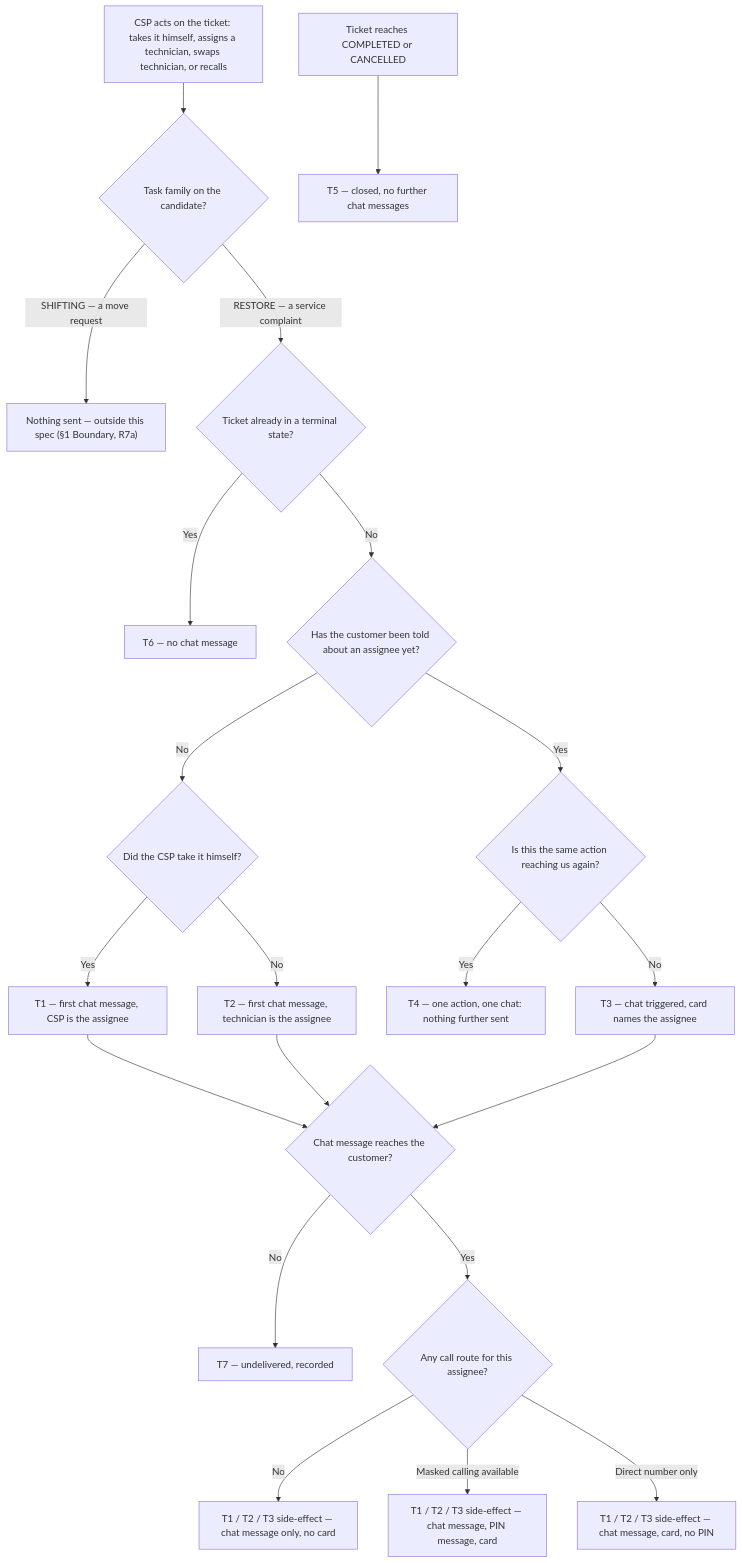
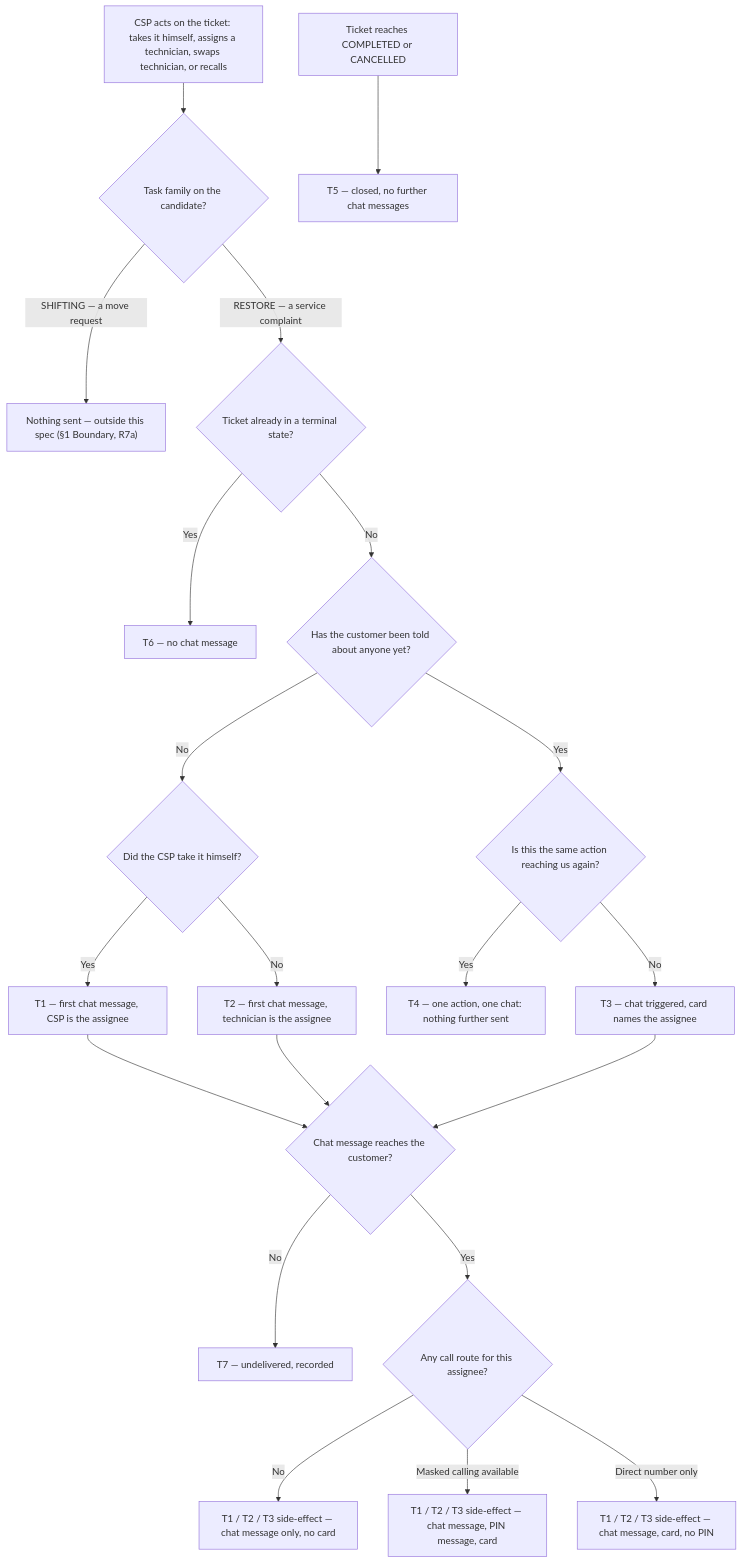
Before and after one commit to ashish-raj-wiom/service-ticket-handler-notice-prd: the diagram in Service_Ticket_Handler_Notice_PRD.md, drawn with Mermaid. The commit also changed other lines of this file, not shown here.

````diff
--- a/Service_Ticket_Handler_Notice_PRD.md
+++ b/Service_Ticket_Handler_Notice_PRD.md
@@ -61,23 +61,23 @@
 ```mermaid
 flowchart TD
     A["CSP acts on the ticket: takes it himself, assigns a technician, swaps technician, or recalls"] --> A2{"Task family on the candidate?"}
     A2 -- "SHIFTING — a move request" --> A3["Nothing sent — outside this spec (§1 Boundary, R7a)"]
     A2 -- "RESTORE — a service complaint" --> B{"Ticket already in a terminal state?"}
     B -- "Yes" --> C["T6 — no chat message"]
-    B -- "No" --> D{"Has the customer been told about an assignee yet?"}
+    B -- "No" --> D{"Has the customer been told about anyone yet?"}
     D -- "No" --> D2{"Did the CSP take it himself?"}
     D2 -- "Yes" --> E["T1 — first chat message, CSP is the assignee"]
     D2 -- "No" --> F["T2 — first chat message, technician is the assignee"]
     D -- "Yes" --> G{"Is this the same action reaching us again?"}
     G -- "Yes" --> H["T4 — one action, one chat: nothing further sent"]
     G -- "No" --> I["T3 — chat triggered, card names the assignee"]
     J["Ticket reaches COMPLETED or CANCELLED"] --> K["T5 — closed, no further chat messages"]
     E --> L{"Chat message reaches the customer?"}
     F --> L
     I --> L
     L -- "No" --> M["T7 — undelivered, recorded"]
     L -- "Yes" --> O{"Any call route for this assignee?"}
     O -- "No" --> P["T1 / T2 / T3 side-effect — chat message only, no card"]
     O -- "Masked calling available" --> Q["T1 / T2 / T3 side-effect — chat message, PIN message, card"]
     O -- "Direct number only" --> R["T1 / T2 / T3 side-effect — chat message, card, no PIN"]
 ```
````
